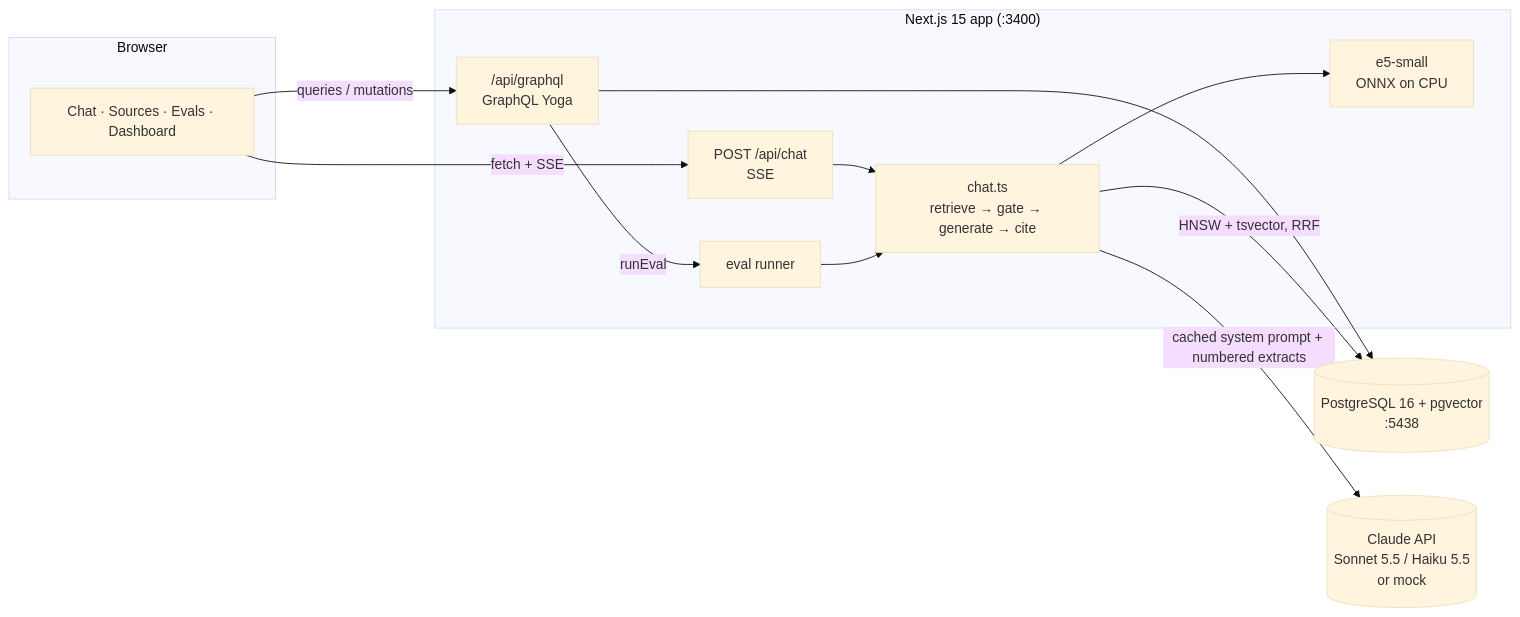
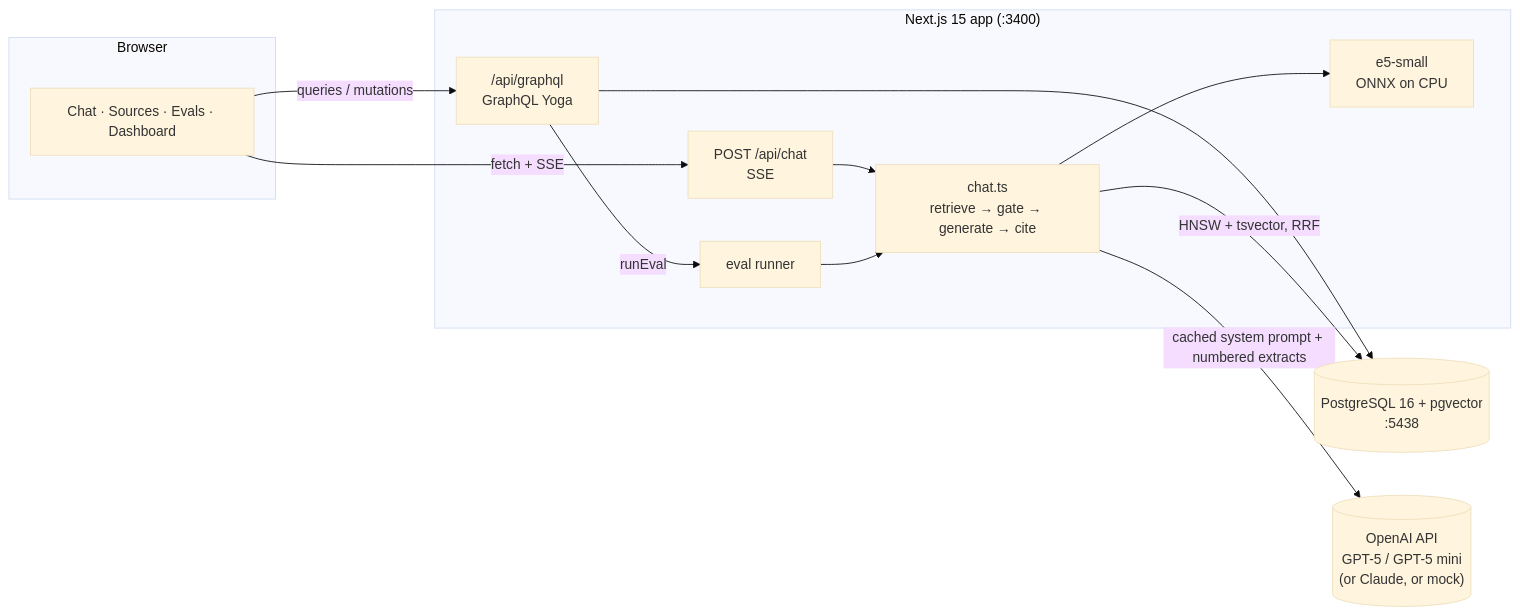
The diagram in README.md (slimanitz/coproguide), drawn with Mermaid (base theme) before and after one commit. The commit also changed other lines of this file and 20 other files, not shown here.

First line of the commit message:
feat(llm): add OpenAI provider and make it the default real provider

````diff
--- a/README.md
+++ b/README.md
@@ -38,24 +39,24 @@
 ```mermaid
 flowchart LR
   subgraph Browser
     UI[Chat · Sources · Evals · Dashboard]
   end
   subgraph App["Next.js 15 app (:3400)"]
     SSE["POST /api/chat<br/>SSE"]
     GQL["/api/graphql<br/>GraphQL Yoga"]
     RAG["chat.ts<br/>retrieve → gate → generate → cite"]
     EMB["e5-small<br/>ONNX on CPU"]
     EVAL[eval runner]
   end
   DB[("PostgreSQL 16 + pgvector<br/>:5438")]
-  LLM[("Claude API<br/>Sonnet 5.5 / Haiku 5.5<br/>or mock")]
+  LLM[("OpenAI API<br/>GPT-5 / GPT-5 mini<br/>(or Claude, or mock)")]
 
   UI -- "fetch + SSE" --> SSE
   UI -- "queries / mutations" --> GQL
   SSE --> RAG
   GQL --> DB
   GQL -- runEval --> EVAL --> RAG
   RAG --> EMB
   RAG -- "HNSW + tsvector, RRF" --> DB
   RAG -- "cached system prompt + numbered extracts" --> LLM
 ```
````
